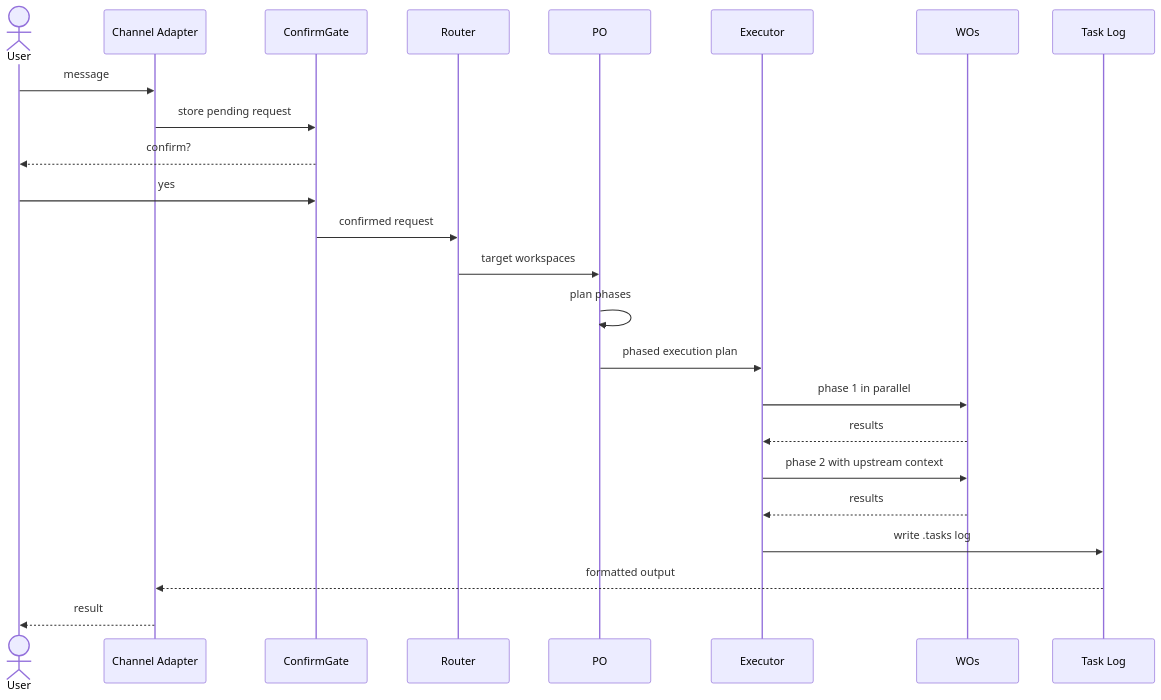
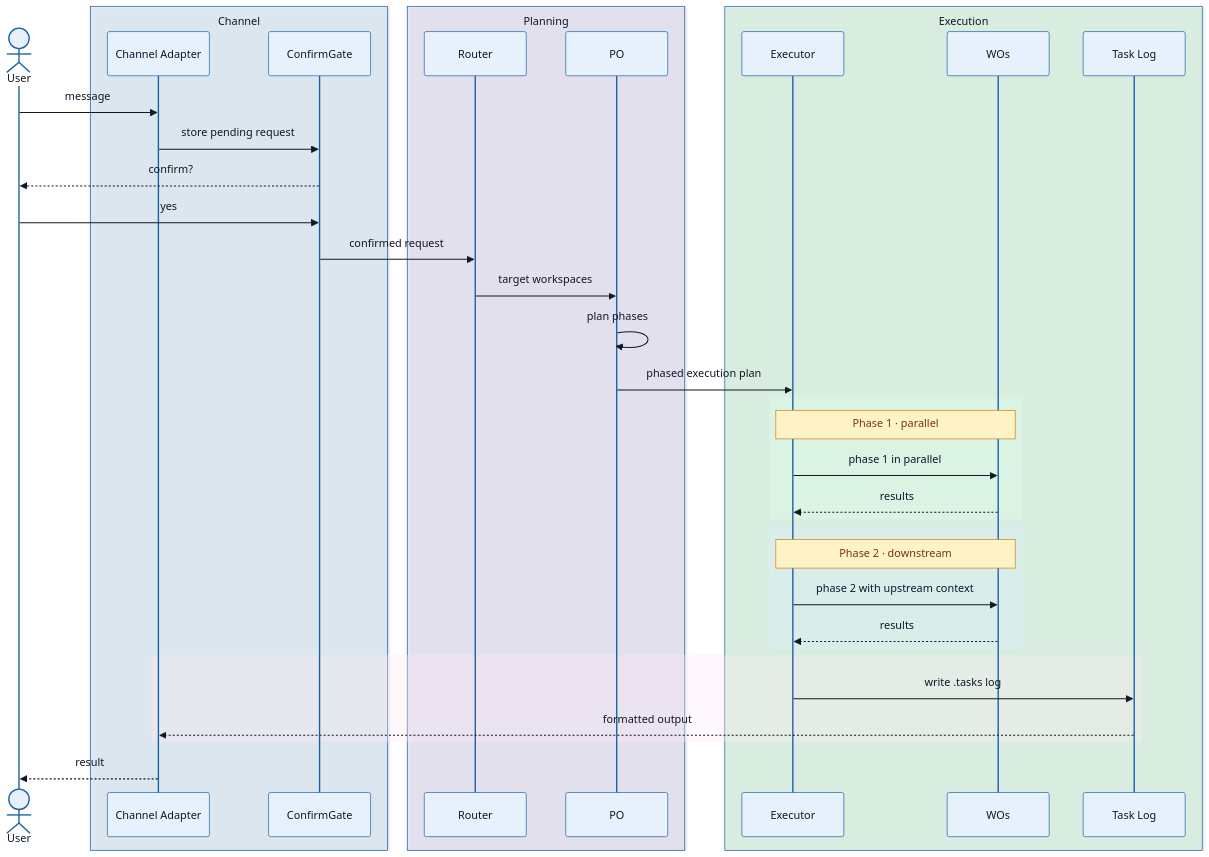
One commit to matteblack9/coding-agent-fabric changed the fifth of 12 diagrams in README.md. Above: the diagram before and after it, drawn with Mermaid. The commit also changed other lines of this file, not shown here.

Commit message:
docs: colorize README mermaid diagrams

````diff
--- a/README.md
+++ b/README.md
@@ -190,27 +236,46 @@
 ```mermaid
+%%{init: {"theme":"base","themeVariables":{"primaryColor":"#E6F1FB","primaryTextColor":"#0F172A","primaryBorderColor":"#185FA5","secondaryColor":"#EDE9FE","secondaryTextColor":"#1F2937","secondaryBorderColor":"#7C3AED","tertiaryColor":"#ECFDF5","tertiaryTextColor":"#14532D","tertiaryBorderColor":"#16A34A","lineColor":"#475569","clusterBkg":"#F8FAFC","clusterBorder":"#94A3B8","noteBkgColor":"#FEF3C7","noteTextColor":"#78350F","noteBorderColor":"#D97706","activationBkgColor":"#DBEAFE","activationBorderColor":"#2563EB","sequenceNumberColor":"#0F172A"}}}%%
 sequenceDiagram
     actor User
-    participant CH as Channel Adapter
-    participant CG as ConfirmGate
-    participant RT as Router
-    participant PO as PO
-    participant EX as Executor
-    participant WO as WOs
-    participant LOG as Task Log
+    box rgba(224, 242, 254, 0.65) Channel
+        participant CH as Channel Adapter
+        participant CG as ConfirmGate
+    end
+    box rgba(237, 233, 254, 0.65) Planning
+        participant RT as Router
+        participant PO as PO
+    end
+    box rgba(220, 252, 231, 0.65) Execution
+        participant EX as Executor
+        participant WO as WOs
+        participant LOG as Task Log
+    end
 
     User->>CH: message
     CH->>CG: store pending request
     CG-->>User: confirm?
     User->>CG: yes
     CG->>RT: confirmed request
     RT->>PO: target workspaces
     PO->>PO: plan phases
     PO->>EX: phased execution plan
-    EX->>WO: phase 1 in parallel
-    WO-->>EX: results
-    EX->>WO: phase 2 with upstream context
-    WO-->>EX: results
-    EX->>LOG: write .tasks log
-    LOG-->>CH: formatted output
+
+    rect rgba(220, 252, 231, 0.35)
+        Note over EX,WO: Phase 1 · parallel
+        EX->>WO: phase 1 in parallel
+        WO-->>EX: results
+    end
+
+    rect rgba(219, 234, 254, 0.35)
+        Note over EX,WO: Phase 2 · downstream
+        EX->>WO: phase 2 with upstream context
+        WO-->>EX: results
+    end
+
+    rect rgba(252, 231, 243, 0.35)
+        EX->>LOG: write .tasks log
+        LOG-->>CH: formatted output
+    end
+
     CH-->>User: result
 ```
````
